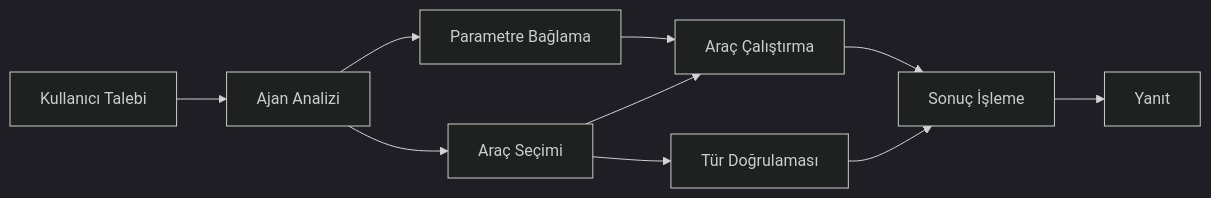
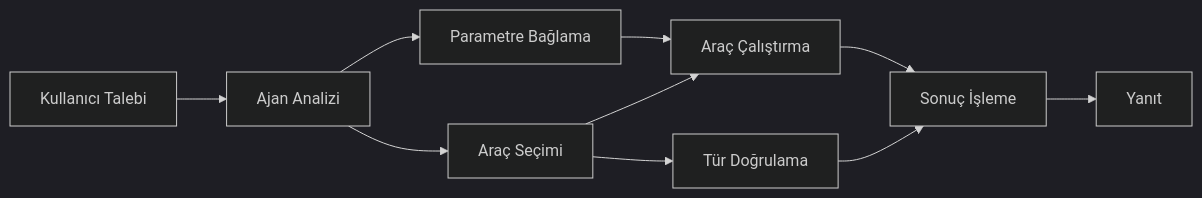
Before and after one commit to venturemavenwill/azureaifundamentals: the diagram in translations/tr/04-tool-use/code_samples/04-dotnet-agent-framework.md, drawn with Mermaid (dark theme). The commit also changed other lines of this file and 77 other files, not shown here.

````diff
--- a/translations/tr/04-tool-use/code_samples/04-dotnet-agent-framework.md
+++ b/translations/tr/04-tool-use/code_samples/04-dotnet-agent-framework.md
@@ -40,12 +40,12 @@
 ```mermaid
 graph LR
     A[Kullanıcı Talebi] --> B[Ajan Analizi]
     B --> C[Araç Seçimi]
-    C --> D[Tür Doğrulaması]
+    C --> D[Tür Doğrulama]
     B --> E[Parametre Bağlama]
     E --> F[Araç Çalıştırma]
     C --> F
     F --> G[Sonuç İşleme]
     D --> G
     G --> H[Yanıt]
 ```
````
